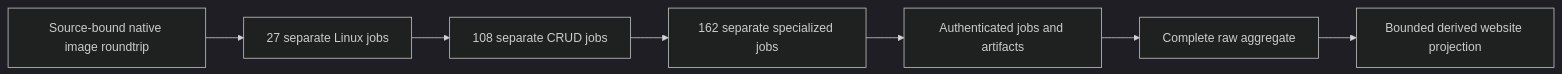
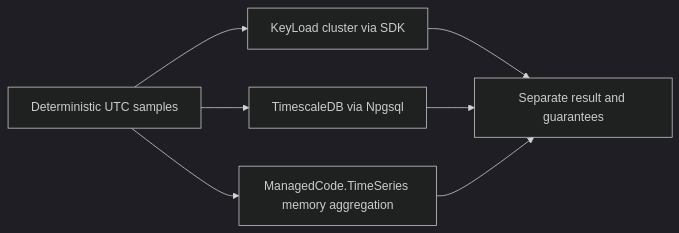
One commit to managedcode/KeyLoad changed diagram 26 of 30 in docs/Architecture.md. Above: the diagram before and after it, drawn with Mermaid (dark theme). The commit also changed other lines of this file and 7356 other files, not shown here.

````diff
--- a/docs/Architecture.md
+++ b/docs/Architecture.md
@@ -825,9 +713,9 @@
 ```mermaid
 flowchart LR
-    Build[Source-bound native image roundtrip] --> Preflight[27 separate Linux jobs]
-    Preflight --> CRUD[108 separate CRUD jobs]
-    CRUD --> Specialized[162 separate specialized jobs]
-    Specialized --> Capture[Authenticated jobs and artifacts]
-    Capture --> Raw[Complete raw aggregate]
-    Raw --> Compact[Bounded derived website projection]
+    Corpus[Deterministic UTC samples] --> KeyLoad[KeyLoad cluster via SDK]
+    Corpus --> Timescale[TimescaleDB via Npgsql]
+    Corpus --> MCTS[ManagedCode.TimeSeries memory aggregation]
+    KeyLoad --> Oracle[Separate result and guarantees]
+    Timescale --> Oracle
+    MCTS --> Oracle
 ```
````
